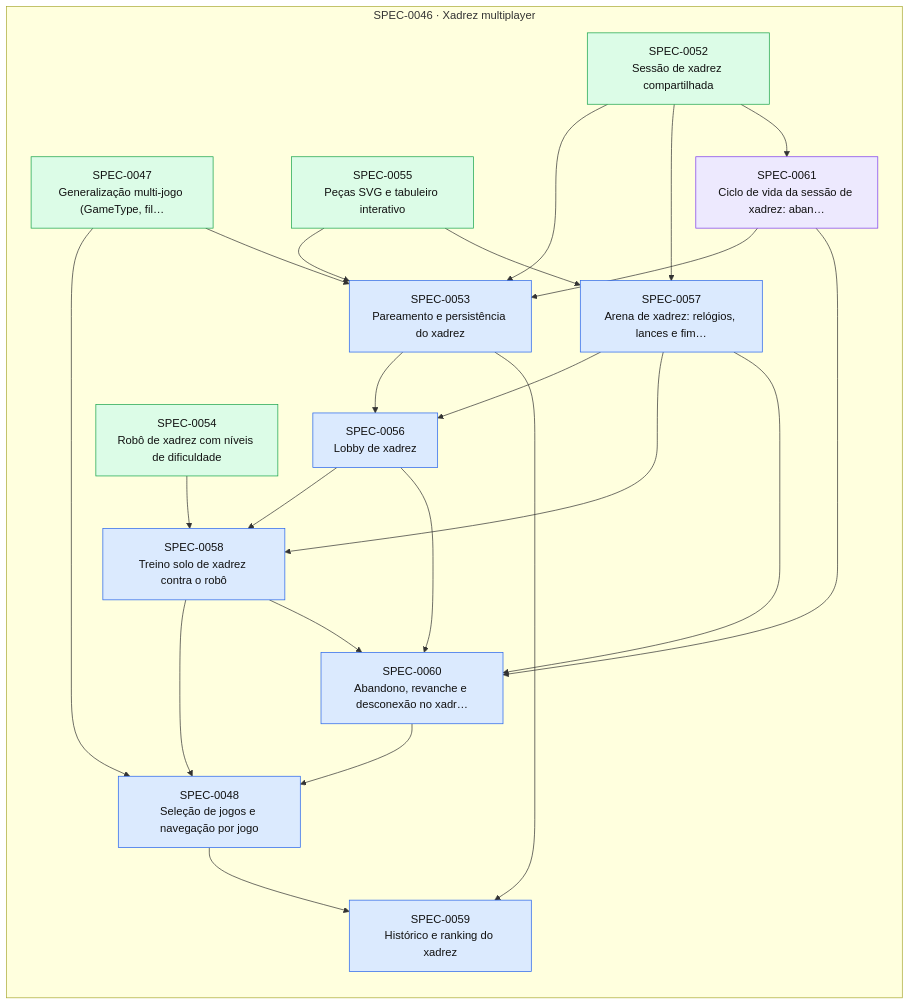
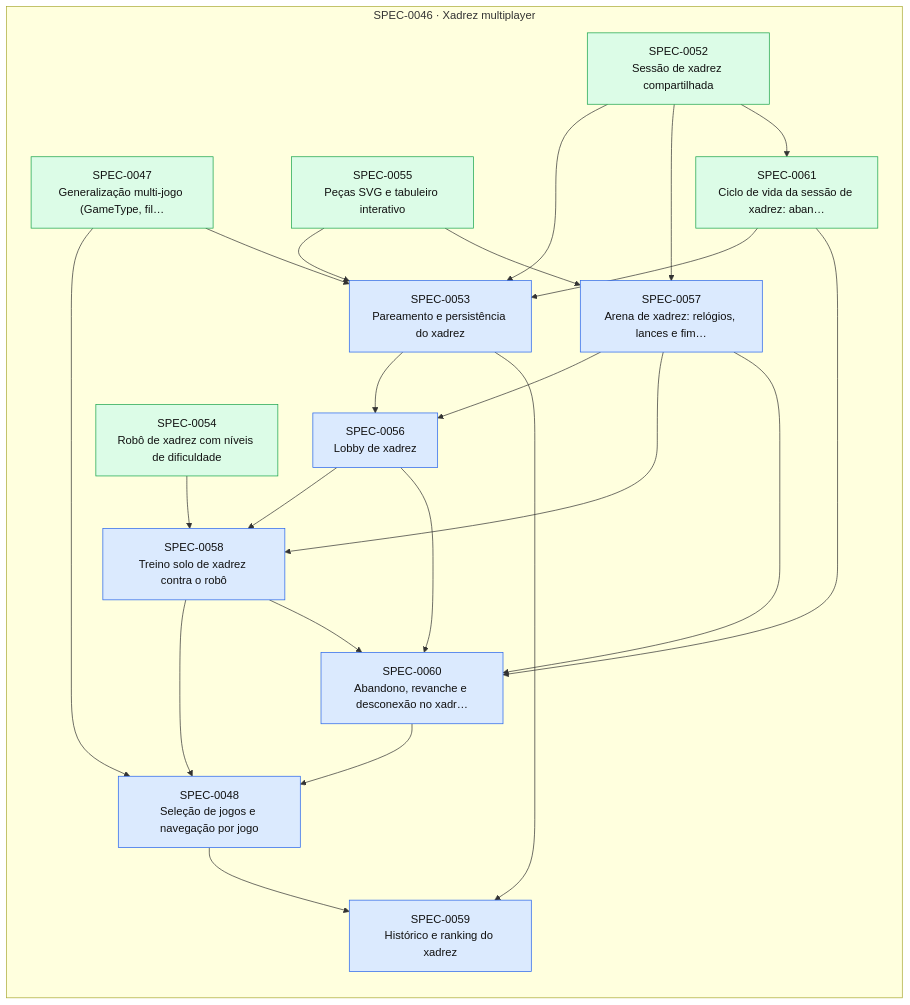
Before and after one commit to thomasravache/jogo-da-velha-multiplayer: the diagram in docs/specs/INDEX.md, drawn with Mermaid. The commit also changed other lines of this file and 2 other files, not shown here.

First line of the commit message:
docs(specs): fechar SPEC-0061 (relatório de entrega e CHANGELOG)

````diff
--- a/docs/specs/INDEX.md
+++ b/docs/specs/INDEX.md
@@ -44,43 +43,43 @@
 ```mermaid
 flowchart LR
   subgraph E0046["SPEC-0046 · Xadrez multiplayer"]
     S0047["SPEC-0047<br/>Generalização multi-jogo (GameType, fil…"]:::implemented
     S0048["SPEC-0048<br/>Seleção de jogos e navegação por jogo"]:::approved
     S0052["SPEC-0052<br/>Sessão de xadrez compartilhada"]:::implemented
     S0053["SPEC-0053<br/>Pareamento e persistência do xadrez"]:::approved
     S0054["SPEC-0054<br/>Robô de xadrez com níveis de dificuldade"]:::implemented
     S0055["SPEC-0055<br/>Peças SVG e tabuleiro interativo"]:::implemented
     S0056["SPEC-0056<br/>Lobby de xadrez"]:::approved
     S0057["SPEC-0057<br/>Arena de xadrez: relógios, lances e fim…"]:::approved
     S0058["SPEC-0058<br/>Treino solo de xadrez contra o robô"]:::approved
     S0059["SPEC-0059<br/>Histórico e ranking do xadrez"]:::approved
     S0060["SPEC-0060<br/>Abandono, revanche e desconexão no xadr…"]:::approved
-    S0061["SPEC-0061<br/>Ciclo de vida da sessão de xadrez: aban…"]:::inprogress
+    S0061["SPEC-0061<br/>Ciclo de vida da sessão de xadrez: aban…"]:::implemented
   end
   S0047 --> S0048
   S0058 --> S0048
   S0060 --> S0048
   S0047 --> S0053
   S0052 --> S0053
   S0055 --> S0053
   S0061 --> S0053
   S0053 --> S0056
   S0057 --> S0056
   S0052 --> S0057
   S0055 --> S0057
   S0054 --> S0058
   S0056 --> S0058
   S0057 --> S0058
   S0048 --> S0059
   S0053 --> S0059
   S0056 --> S0060
   S0057 --> S0060
   S0058 --> S0060
   S0061 --> S0060
   S0052 --> S0061
   classDef proposed fill:#fef3c7,stroke:#d97706,color:#111
   classDef approved fill:#dbeafe,stroke:#2563eb,color:#111
   classDef inprogress fill:#ede9fe,stroke:#7c3aed,color:#111
   classDef implemented fill:#dcfce7,stroke:#16a34a,color:#111
   classDef deprecated fill:#f3f4f6,stroke:#9ca3af,color:#6b7280
 ```
````
